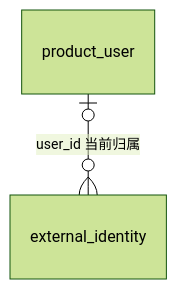
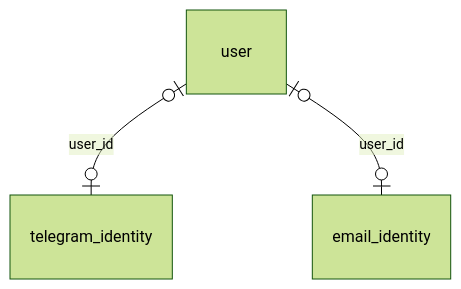
The diagram in docs/design/工程工作记录/02-用户与鉴权/2.1-用户模型/02实施方案.md (0xabcd-k/DexWallet), drawn with Mermaid (forest theme) before and after one commit. The commit also changed other lines of this file and 6 other files, not shown here.

````diff
--- a/docs/design/工程工作记录/02-用户与鉴权/2.1-用户模型/02实施方案.md
+++ b/docs/design/工程工作记录/02-用户与鉴权/2.1-用户模型/02实施方案.md
@@ -25,4 +27,5 @@
 ```mermaid
 erDiagram
-    product_user |o--o{ external_identity : "user_id 当前归属"
+    user |o--o| telegram_identity : "user_id"
+    user |o--o| email_identity : "user_id"
 ```
````
